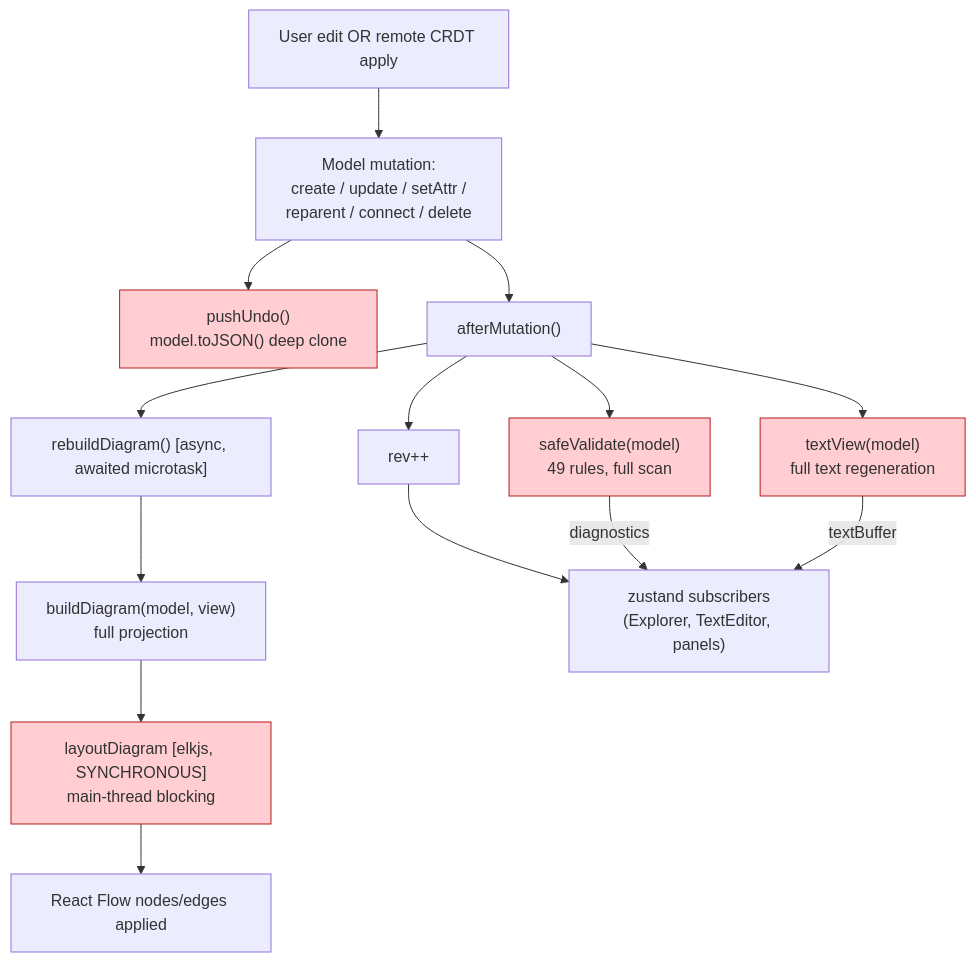
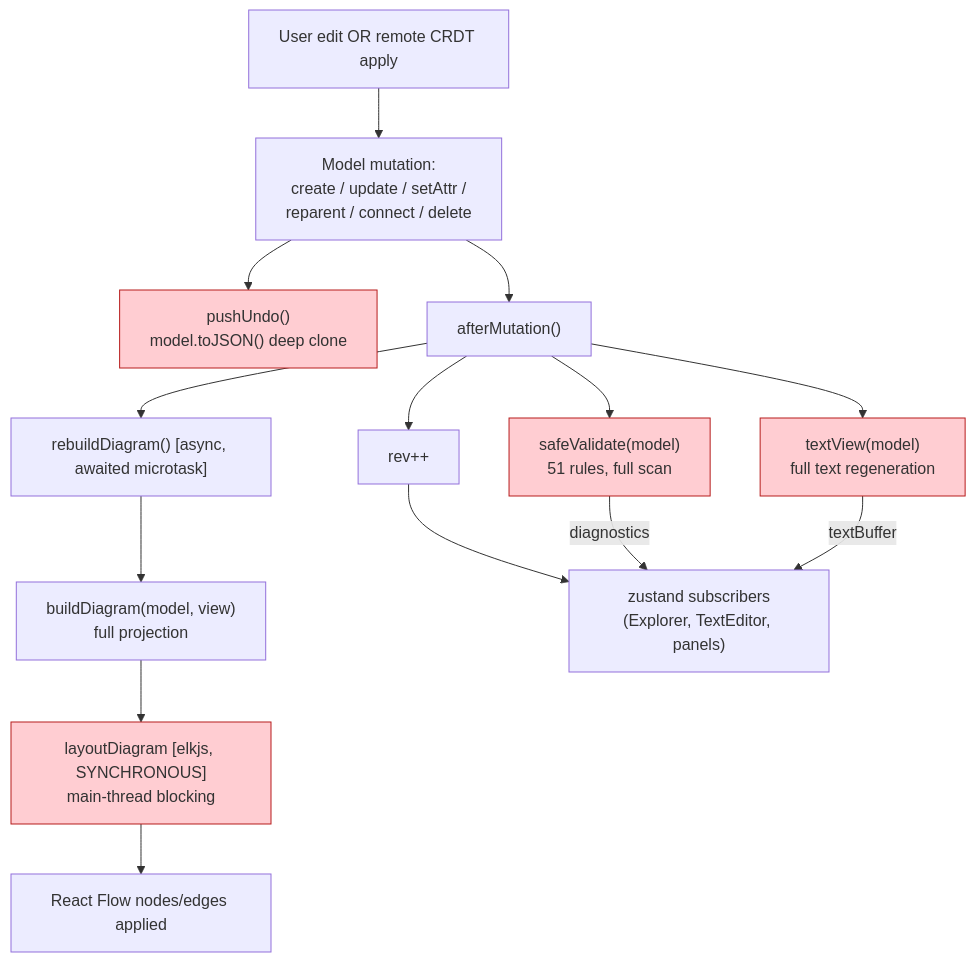
The third of 7 diagrams in docs/architecture/05-data-flow.md (cosmindxu/sysprose), drawn with Mermaid before and after one commit. The commit also changed 8 other files, not shown here.

````diff
--- a/docs/architecture/05-data-flow.md
+++ b/docs/architecture/05-data-flow.md
@@ -98,32 +98,32 @@
 ```mermaid
 flowchart TB
     trigger["User edit OR remote CRDT apply"]
     op["Model mutation:\ncreate / update / setAttr /\nreparent / connect / delete"]
     pushUndo["pushUndo()\nmodel.toJSON() deep clone"]
     afterMut["afterMutation()"]
-    validate["safeValidate(model)\n49 rules, full scan"]
+    validate["safeValidate(model)\n51 rules, full scan"]
     serialize["textView(model)\nfull text regeneration"]
     bump["rev++"]
     rebuild["rebuildDiagram() [async, awaited microtask]"]
     build["buildDiagram(model, view)\nfull projection"]
     layout["layoutDiagram [elkjs, SYNCHRONOUS]\nmain-thread blocking"]
     apply["React Flow nodes/edges applied"]
     listeners[" zustand subscribers\n(Explorer, TextEditor, panels)"]
 
     trigger --> op
     op --> pushUndo
     op --> afterMut
     afterMut --> validate
     afterMut --> serialize
     afterMut --> bump
     afterMut --> rebuild
     rebuild --> build
     build --> layout
     layout --> apply
     bump --> listeners
     validate -->|diagnostics| listeners
     serialize -->|textBuffer| listeners
 
     classDef hot fill:#ffcdd2,stroke:#b71c1c
     class validate,serialize,layout,pushUndo hot
 ```
````
